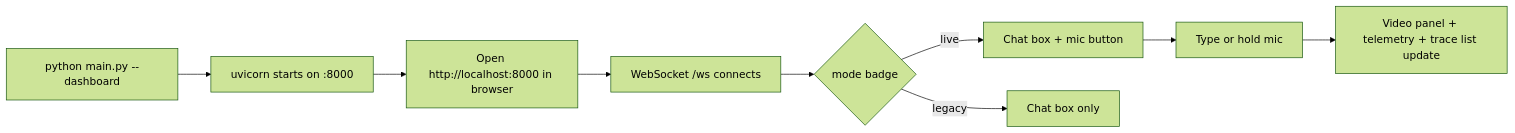
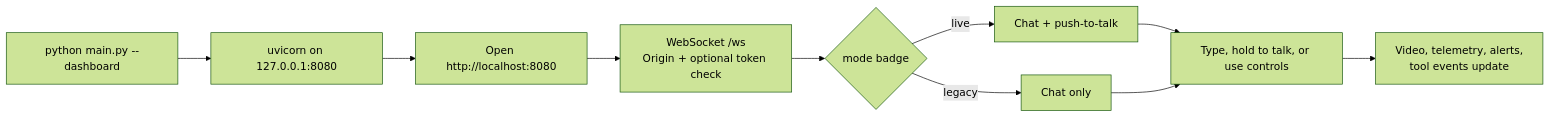
The fourth of 5 diagrams in docs/user-flows.md (AyushRajgor/Tello-autonomous), drawn with Mermaid (forest theme) before and after one commit. The commit also changed other lines of this file and 50 other files, not shown here.

````diff
--- a/docs/user-flows.md
+++ b/docs/user-flows.md
@@ -164,11 +193,12 @@
 ```mermaid
 flowchart LR
-    Start[python main.py --dashboard] --> Up[uvicorn starts on :8000]
-    Up --> Open[Open http://localhost:8000 in browser]
-    Open --> Connect[WebSocket /ws connects]
+    Start[python main.py --dashboard] --> Up[uvicorn on 127.0.0.1:8080]
+    Up --> Open[Open http://localhost:8080]
+    Open --> Connect[WebSocket /ws<br/>Origin + optional token check]
     Connect --> Mode{mode badge}
-    Mode -->|live| Chat[Chat box + mic button]
-    Mode -->|legacy| Chat2[Chat box only]
-    Chat --> Act[Type or hold mic]
-    Act --> See[Video panel + telemetry + trace list update]
+    Mode -->|live| Chat[Chat + push-to-talk]
+    Mode -->|legacy| Chat2[Chat only]
+    Chat --> Act[Type, hold to talk, or use controls]
+    Chat2 --> Act
+    Act --> See[Video, telemetry, alerts,<br/>tool events update]
 ```
````
